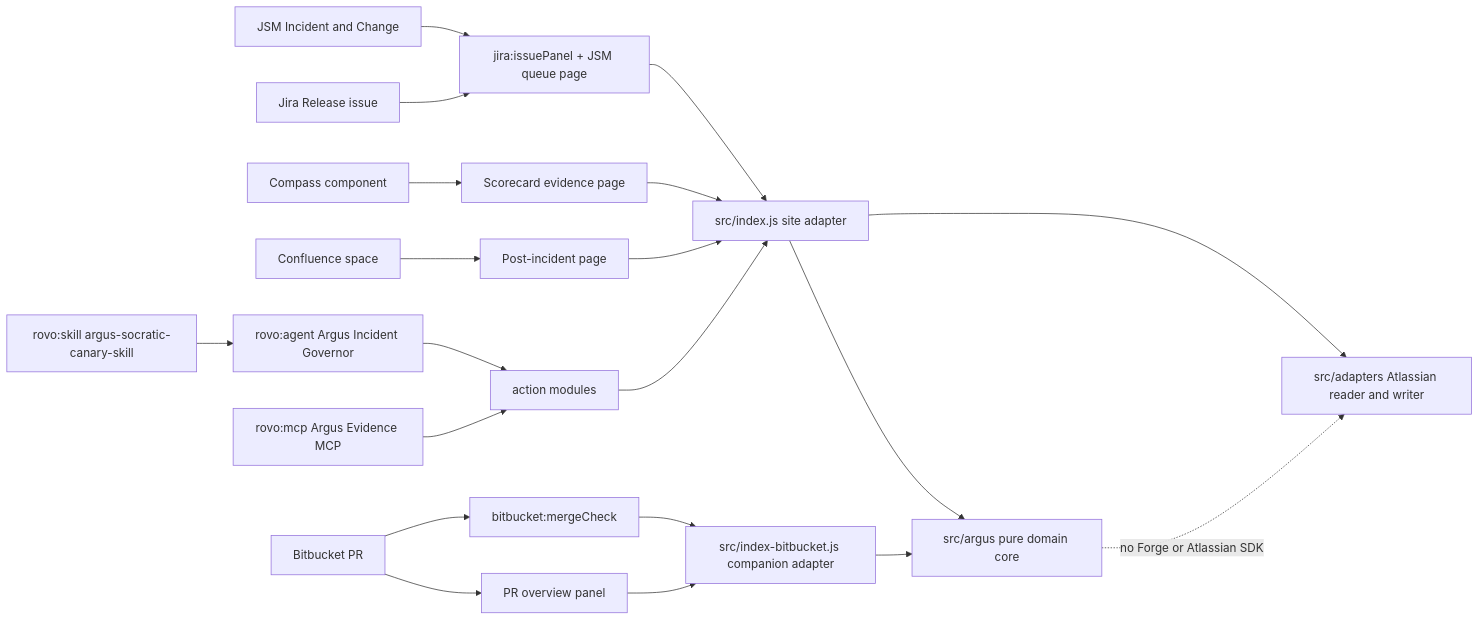
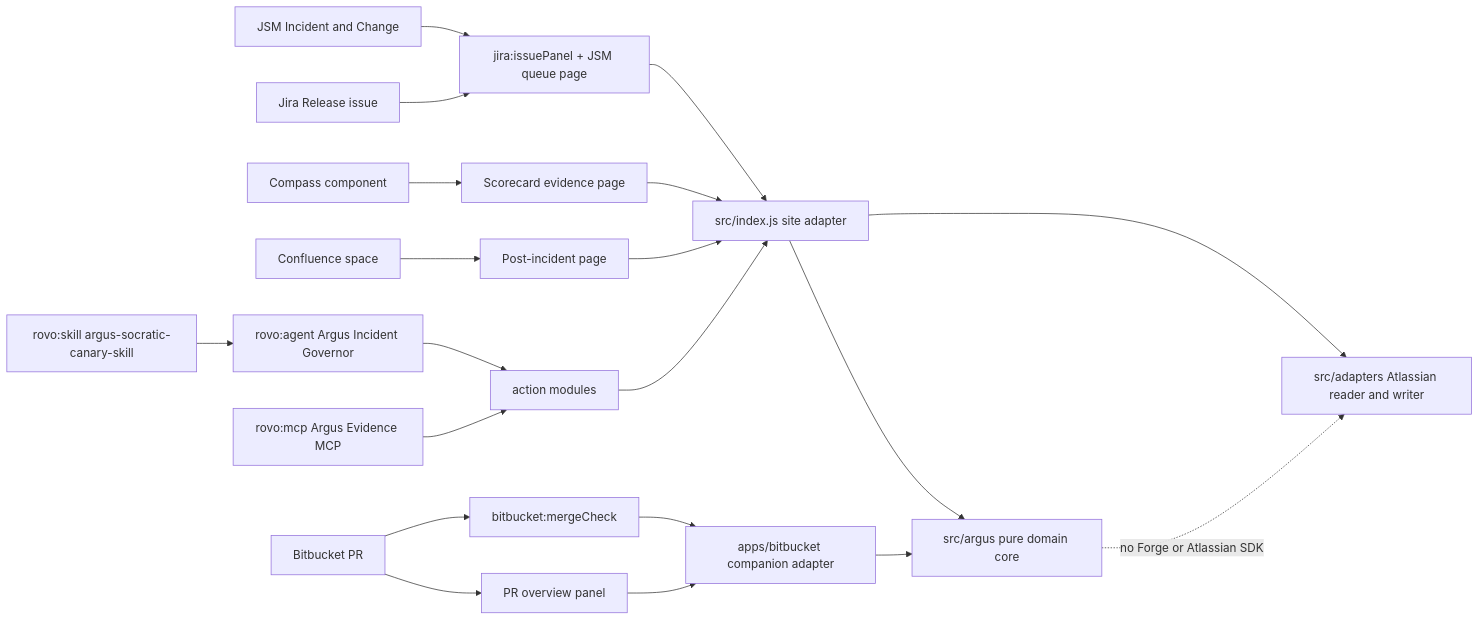
The first of 2 diagrams in README.md (upgradedev/argus-atlassian), drawn with Mermaid before and after one commit. The commit also changed other lines of this file and 8 other files, not shown here.

````diff
--- a/README.md
+++ b/README.md
@@ -92,22 +92,22 @@
 ```mermaid
 flowchart LR
   JSM[JSM Incident and Change] --> Panel[jira:issuePanel + JSM queue page]
   Jira[Jira Release issue] --> Panel
   BB[Bitbucket PR] --> Merge[bitbucket:mergeCheck]
   BB --> PRPanel[PR overview panel]
   Compass[Compass component] --> CPage[Scorecard evidence page]
   Conf[Confluence space] --> PIR[Post-incident page]
   Panel --> Adapter[src/index.js site adapter]
-  Merge --> BBAdapter[src/index-bitbucket.js companion adapter]
+  Merge --> BBAdapter[apps/bitbucket companion adapter]
   PRPanel --> BBAdapter
   CPage --> Adapter
   PIR --> Adapter
   Agent[rovo:agent Argus Incident Governor] --> Actions[action modules]
   MCP[rovo:mcp Argus Evidence MCP] --> Actions
   Skill[rovo:skill argus-socratic-canary-skill] --> Agent
   Actions --> Adapter
   Adapter --> Core[src/argus pure domain core]
   BBAdapter --> Core
   Adapter --> Atl[src/adapters Atlassian reader and writer]
   Core -. no Forge or Atlassian SDK .-> Atl
 ```
````
